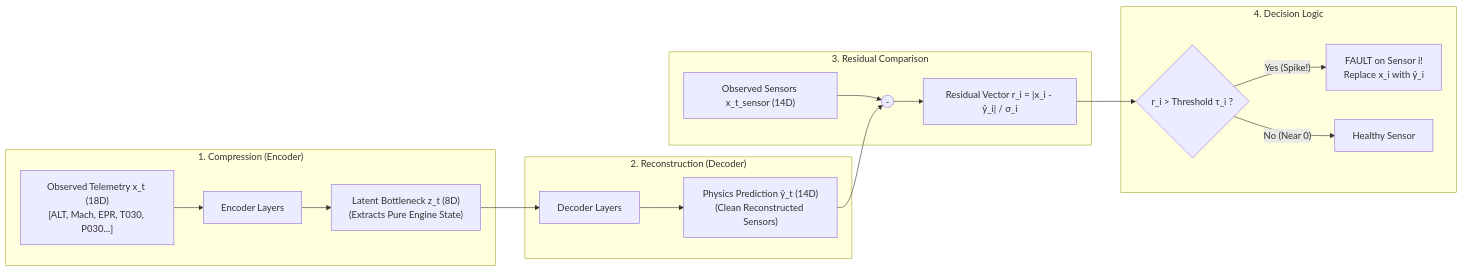
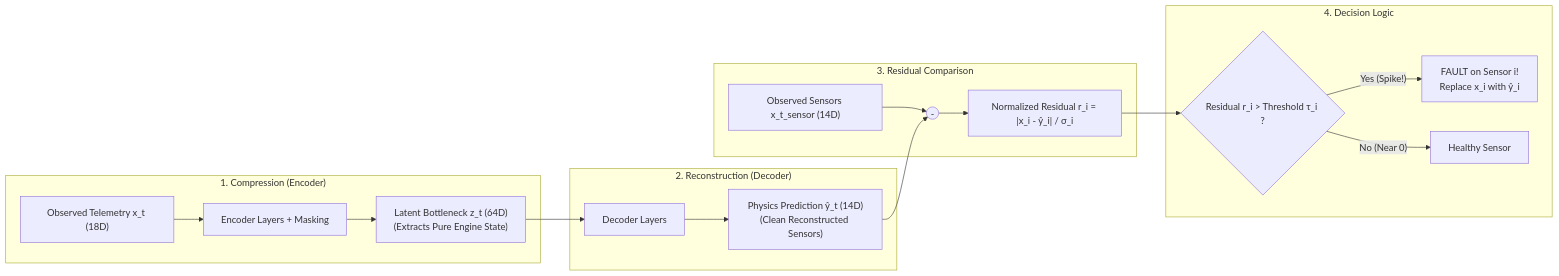
Before and after one commit to atulyasharan29/Turbofan-Guard: the third of 4 diagrams in docs/ml_architecture_strategy.md, drawn with Mermaid. The commit also changed other lines of this file and 13 other files, not shown here.

Commit message:
feat: implement backbone architecture and comprehensive ML documentation suite

````diff
--- a/docs/ml_architecture_strategy.md
+++ b/docs/ml_architecture_strategy.md
@@ -110,24 +250,24 @@
 ```mermaid
 flowchart LR
     subgraph Compression["1. Compression (Encoder)"]
-        X["Observed Telemetry x_t (18D)<br/>[ALT, Mach, EPR, T030, P030...]"] --> Enc["Encoder Layers"]
-        Enc --> Latent["Latent Bottleneck z_t (8D)<br/>(Extracts Pure Engine State)"]
+        X["Observed Telemetry x_t (18D)"] --> Enc["Encoder Layers + Masking"]
+        Enc --> Latent["Latent Bottleneck z_t (64D)<br/>(Extracts Pure Engine State)"]
     end
 
     subgraph Expansion["2. Reconstruction (Decoder)"]
         Latent --> Dec["Decoder Layers"]
         Dec --> Y_hat["Physics Prediction ŷ_t (14D)<br/>(Clean Reconstructed Sensors)"]
     end
 
     subgraph ResidualMath["3. Residual Comparison"]
         X_sens["Observed Sensors x_t_sensor (14D)"] --> Minus(( - ))
         Y_hat --> Minus
-        Minus --> Res["Residual Vector r_i = |x_i - ŷ_i| / σ_i"]
+        Minus --> Res["Normalized Residual r_i = |x_i - ŷ_i| / σ_i"]
     end
 
     subgraph Decision["4. Decision Logic"]
-        Res --> Thresh{"r_i > Threshold τ_i ?"}
+        Res --> Thresh{"Residual r_i > Threshold τ_i ?"}
         Thresh -- "Yes (Spike!)" --> Fault["FAULT on Sensor i!<br/>Replace x_i with ŷ_i"]
         Thresh -- "No (Near 0)" --> Healthy["Healthy Sensor"]
     end
 ```
````
